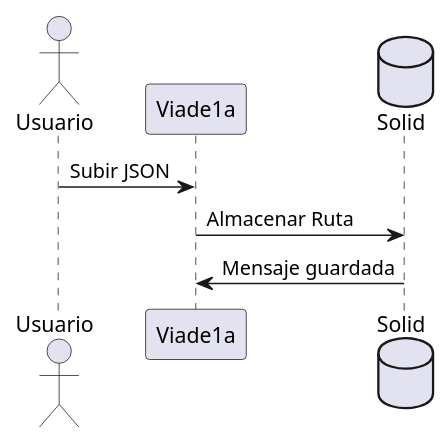
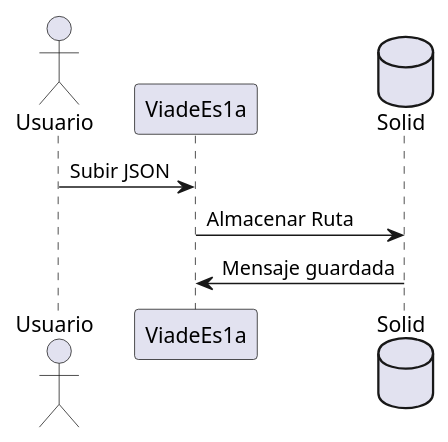
Before and after one commit to Arquisoft/viade_es1a: the second of 4 diagrams in src/docs/06_runtime_view.adoc, drawn with PlantUML. The commit also changed other lines of this file, not shown here.

Commit message:
Corregido diagrama 6.1

```diff
--- a/src/docs/06_runtime_view.adoc
+++ b/src/docs/06_runtime_view.adoc
@@ -22,14 +24,15 @@
 [plantuml,Nueva ruta,png]
 ----
 @startuml
 
 actor Usuario
-Usuario -> Viade1a:Subir JSON
+
+Usuario -> ViadeEs1a:Subir JSON
 database Solid
 
-Viade1a -> Solid:Almacenar Ruta
- Solid -> Viade1a:Mensaje guardada
+ViadeEs1a -> Solid:Almacenar Ruta
+ Solid -> ViadeEs1a:Mensaje guardada
 
 
 @enduml
 ----
```
